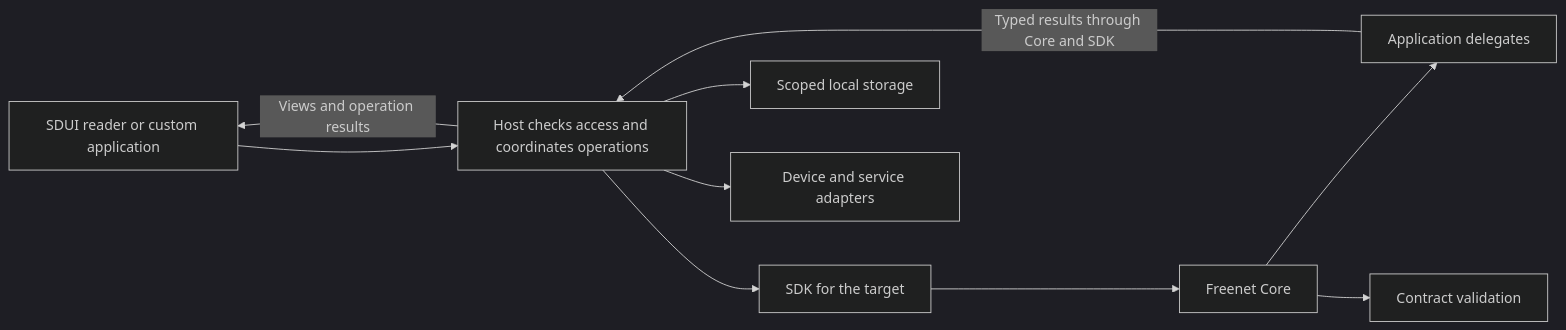
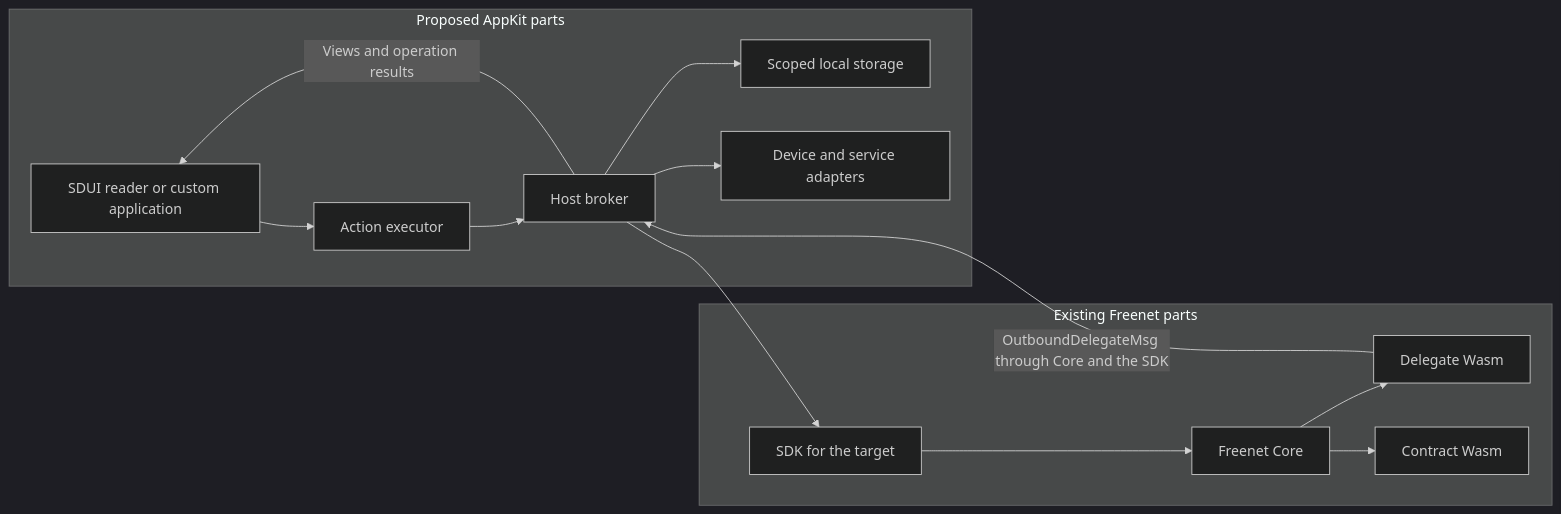
The first of 2 diagrams in appkit/data-actions.md (EVY-Platform/evy-freenet-plans), drawn with Mermaid (dark theme) before and after one commit. The commit also changed other lines of this file, not shown here.

````diff
--- a/appkit/data-actions.md
+++ b/appkit/data-actions.md
@@ -38,12 +45,17 @@
 ```mermaid
 flowchart LR
-    UI["SDUI reader or custom application"] --> H["Host checks access and coordinates operations"]
-    H --> S["SDK for the target"]
-    S --> F["Freenet Core"]
-    F --> D["Application delegates"]
-    F --> C["Contract validation"]
-    H --> L["Scoped local storage"]
-    H --> A["Device and service adapters"]
-    D -->|"Typed results through Core and SDK"| H
+    subgraph proposed [Proposed AppKit parts]
+        UI["SDUI reader or custom application"] --> X["Action executor"]
+        X --> H["Host broker"]
+        H --> L["Scoped local storage"]
+        H --> A["Device and service adapters"]
+    end
+    subgraph existing [Existing Freenet parts]
+        S["SDK for the target"] --> F["Freenet Core"]
+        F --> D["Delegate Wasm"]
+        F --> C["Contract Wasm"]
+    end
+    H --> S
+    D -->|"OutboundDelegateMsg through Core and the SDK"| H
     H -->|"Views and operation results"| UI
 ```
````
